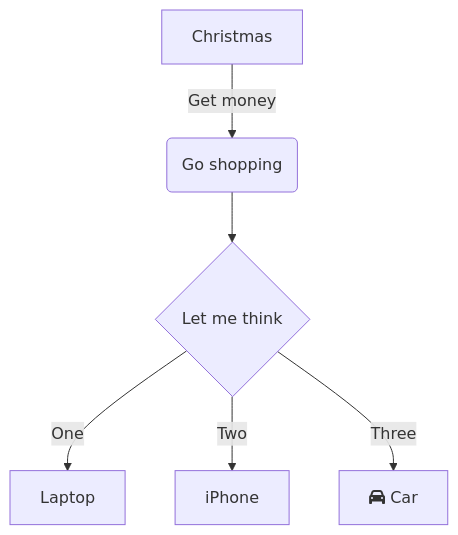
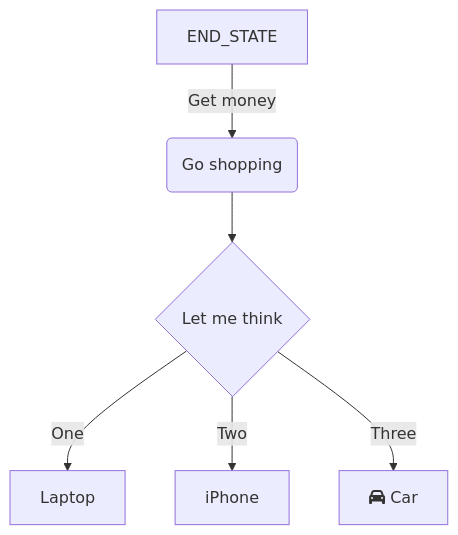
One commit to CBraun94/dea changed the diagram in input/td.mermaid. Above: the diagram before and after it, drawn with Mermaid. The commit also changed 3 other files, not shown here.

```diff
--- a/input/td.mermaid
+++ b/input/td.mermaid
@@ -1,6 +1,6 @@
 flowchart TD
-    A[Christmas] -->|Get money| B(Go shopping)
+    ENDSTATE[END_STATE] -->|Get money| B(Go shopping)
     B --> C{Let me think}
     C -->|One| D[Laptop]
     C -->|Two| E[iPhone]
     C -->|Three| F[fa:fa-car Car]
```
